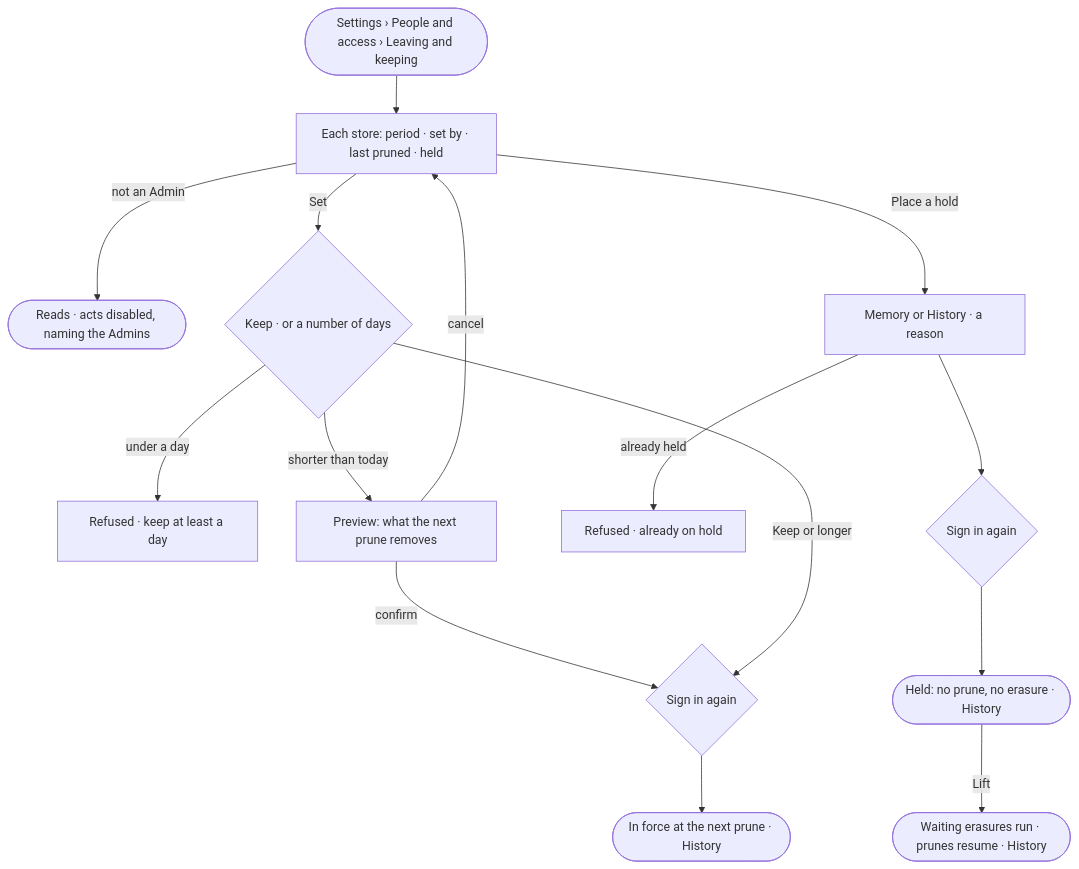
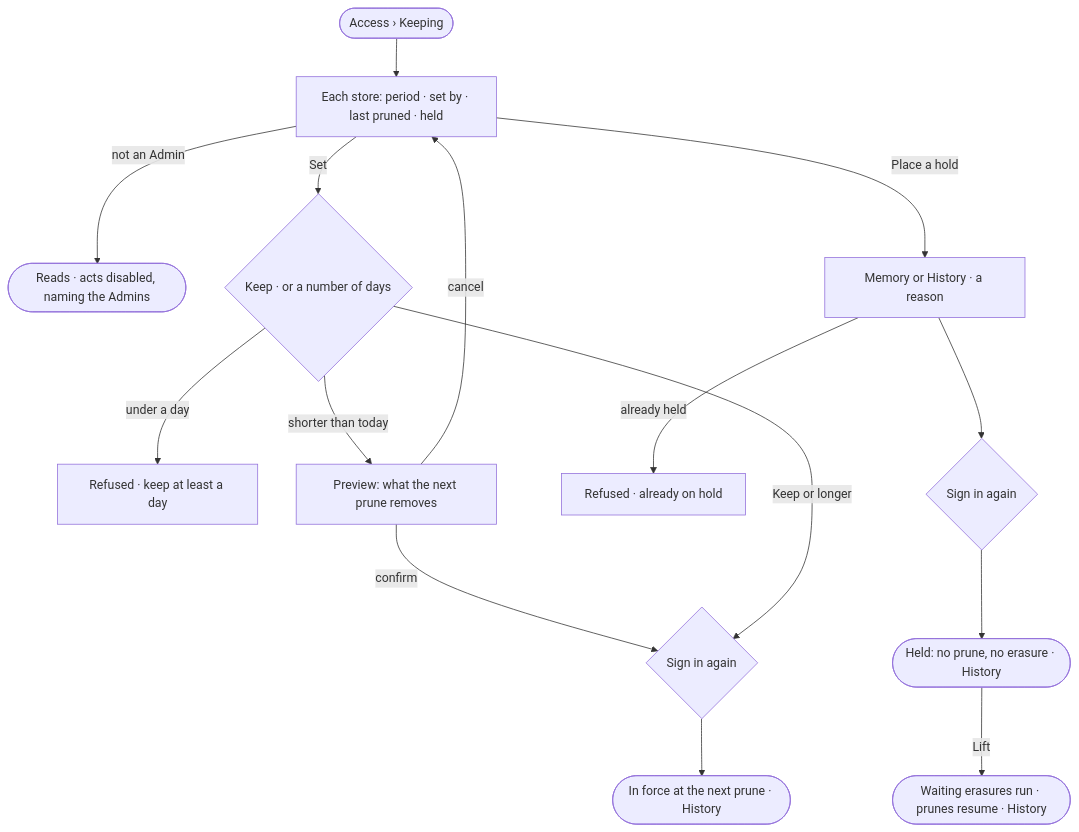
The diagram in specs/os/access/features/AC-F12-leaving-and-keeping/stories/AC-44-set-how-long-memory-and-history-are-kept-and-hold-them/story.md (invana/invana), drawn with Mermaid before and after one commit. The commit also changed other lines of this file and 456 other files, not shown here.

````diff
--- a/specs/os/access/features/AC-F12-leaving-and-keeping/stories/AC-44-set-how-long-memory-and-history-are-kept-and-hold-them/story.md
+++ b/specs/os/access/features/AC-F12-leaving-and-keeping/stories/AC-44-set-how-long-memory-and-history-are-kept-and-hold-them/story.md
@@ -27,16 +27,16 @@
 ```mermaid
 flowchart TD
-  s([Settings › People and access › Leaving and keeping]) --> l["Each store: period · set by · last pruned · held"]
+  s([Access › Keeping]) --> l["Each store: period · set by · last pruned · held"]
   l -->|not an Admin| ro(["Reads · acts disabled, naming the Admins"])
   l -->|Set| p{"Keep · or a number of days"}
   p -->|under a day| r1["Refused · keep at least a day"]
   p -->|shorter than today| pv["Preview: what the next prune removes"]
   pv -->|cancel| l
   pv -->|confirm| pw{"Sign in again"}
   p -->|Keep or longer| pw
   pw --> ok(["In force at the next prune · History"])
   l -->|Place a hold| h["Memory or History · a reason"]
   h -->|already held| r2["Refused · already on hold"]
   h --> pw2{"Sign in again"} --> hd(["Held: no prune, no erasure · History"])
   hd -->|Lift| lf(["Waiting erasures run · prunes resume · History"])
 ```
````
